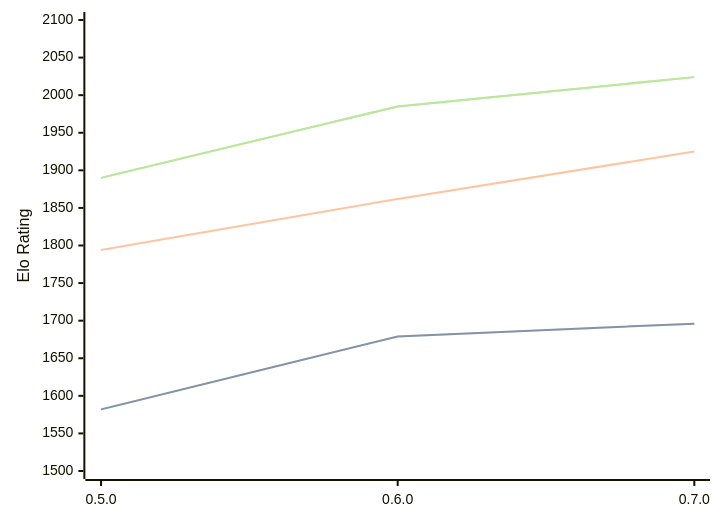
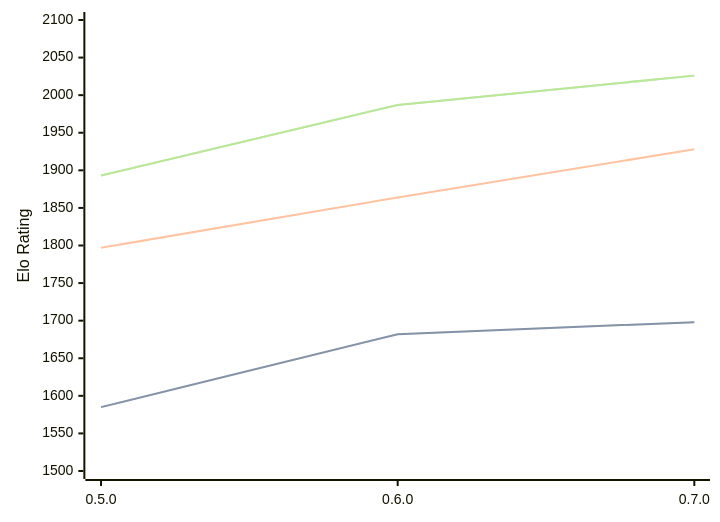
The diagram in engines/Chess-rs.md (computer-chess-index/cci), drawn with Mermaid before and after one commit. The commit also changed other lines of this file, not shown here.

Commit message:
Update CCI Ratings (ELO VLTC) - 2026-09-24

````diff
--- a/engines/Chess-rs.md
+++ b/engines/Chess-rs.md
@@ -33,11 +33,11 @@
 ```mermaid
 %%{init: {"theme":"base","themeVariables":{"seriesColors:['#a3a3a3','#222221','#faa371']}}}%%
 xychart-beta
   x-axis ["0.5.0", "0.6.0", "0.7.0"]
   y-axis "Elo Rating" 1500 --> 2100
-  line "" [1582, 1679, 1696]
-  line "STC (8.0+0.08s)" [1582, 1679, 1696]
-  line "LTC (60.0+0.60s)" [1794, 1862, 1925]
-  line "" [1890, 1985, 2024]
-  line "VLTC (2m24s+1.12s)" [1890, 1985, 2024]
+  line "" [1585, 1682, 1698]
+  line "STC (8.0+0.08s)" [1585, 1682, 1698]
+  line "LTC (60.0+0.60s)" [1797, 1864, 1928]
+  line "" [1893, 1987, 2026]
+  line "VLTC (2m24s+1.12s)" [1893, 1987, 2026]
 ```
````
